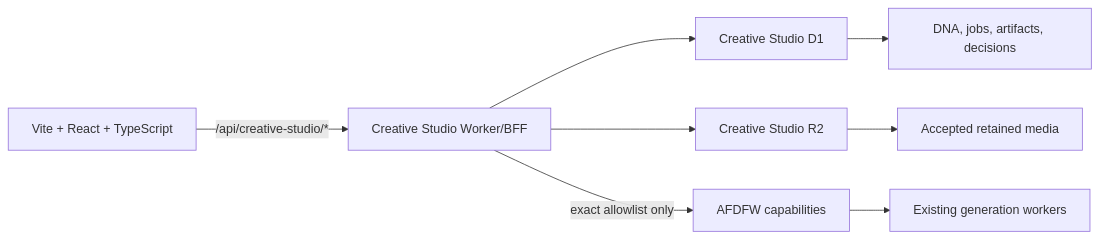
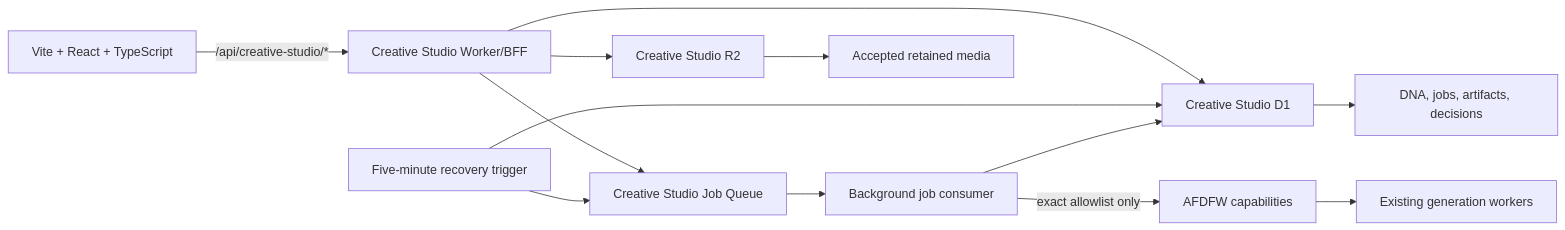
One commit to AngeloTobo/Creative-Studio changed the diagram in docs/ARCHITECTURE.md. Above: the diagram before and after it, drawn with Mermaid. The commit also changed other lines of this file and 24 other files, not shown here.

````diff
--- a/docs/ARCHITECTURE.md
+++ b/docs/ARCHITECTURE.md
@@ -5,10 +5,15 @@
 ```mermaid
 flowchart LR
   UI["Vite + React + TypeScript"] -->|"/api/creative-studio/*"| BFF["Creative Studio Worker/BFF"]
   BFF --> D1["Creative Studio D1"]
+  BFF --> Q["Creative Studio Job Queue"]
+  CRON["Five-minute recovery trigger"] --> D1
+  CRON --> Q
+  Q --> WORKER["Background job consumer"]
+  WORKER --> D1
   BFF --> R2["Creative Studio R2"]
-  BFF -->|"exact allowlist only"| AF["AFDFW capabilities"]
+  WORKER -->|"exact allowlist only"| AF["AFDFW capabilities"]
   AF --> GEN["Existing generation workers"]
   D1 --> HIST["DNA, jobs, artifacts, decisions"]
   R2 --> MEDIA["Accepted retained media"]
 ```
````
